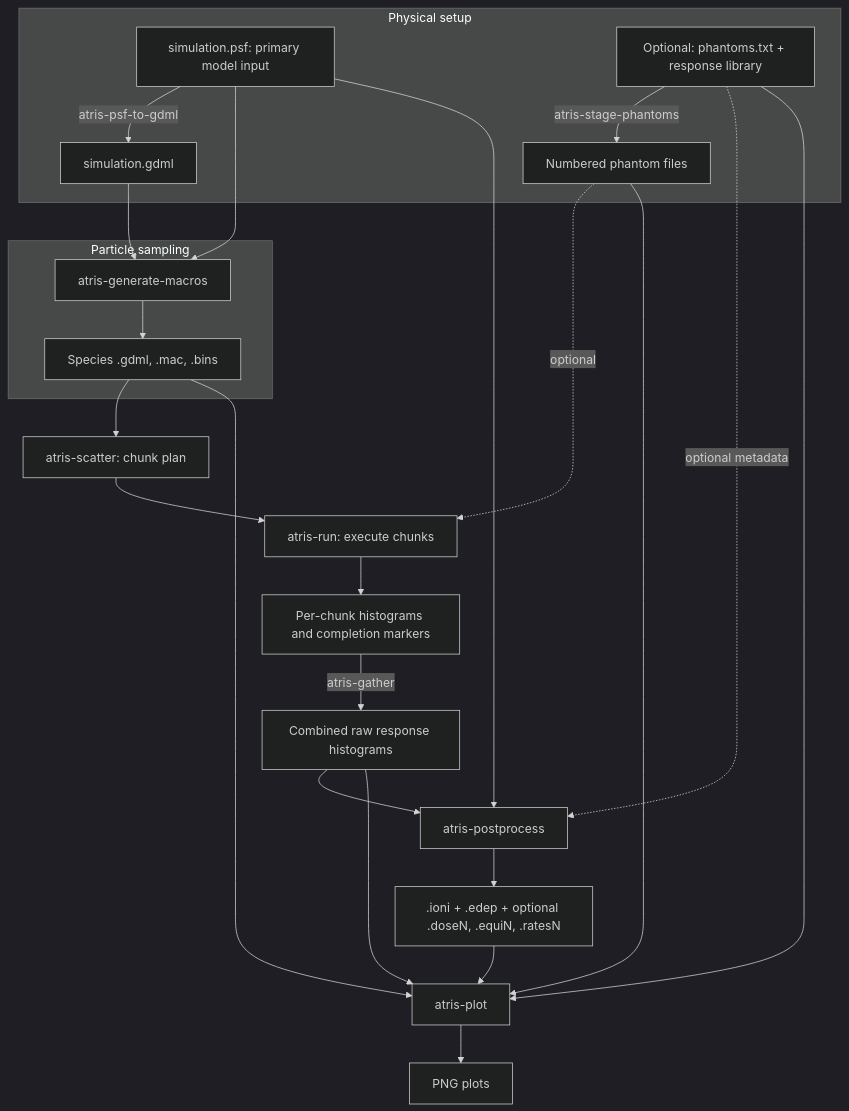
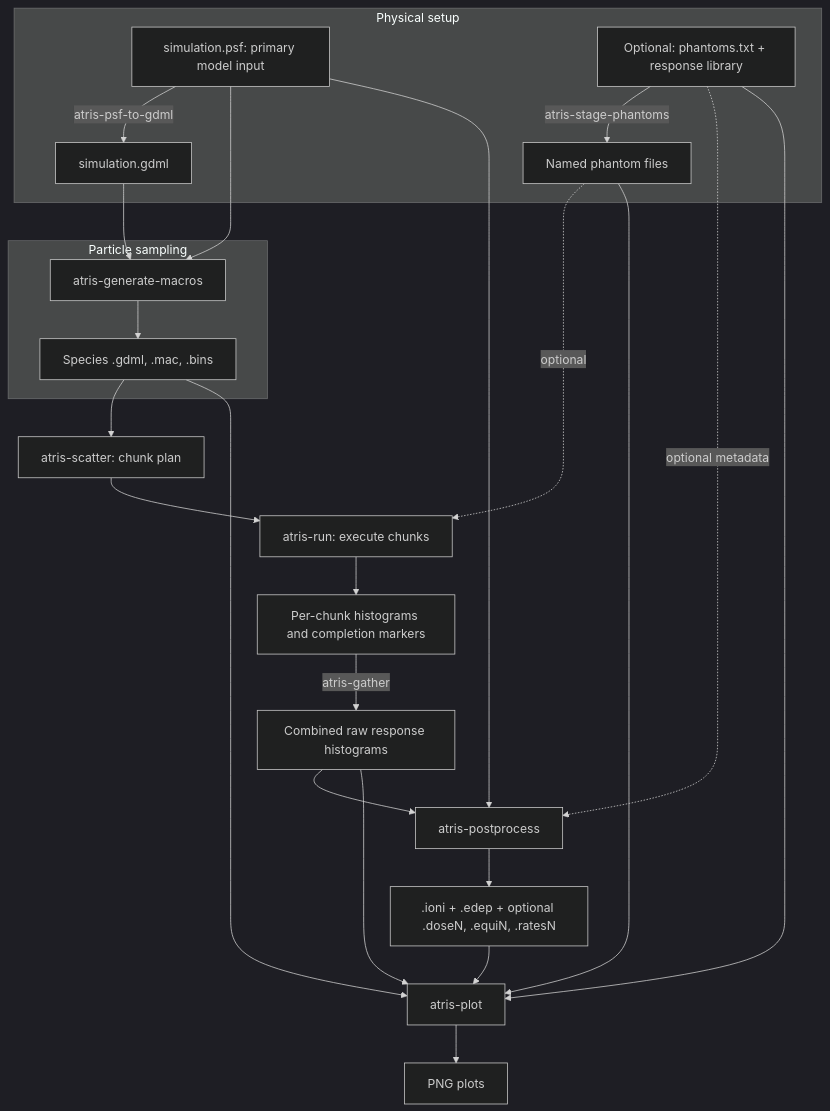
One commit to svaberg/atris changed the diagram in docs/tutorials/files-through-workflow.md. Above: the diagram before and after it, drawn with Mermaid (dark theme). The commit also changed other lines of this file and 16 other files, not shown here.

````diff
--- a/docs/tutorials/files-through-workflow.md
+++ b/docs/tutorials/files-through-workflow.md
@@ -26,28 +26,28 @@
 ```mermaid
 flowchart TD
     subgraph Physical["Physical setup"]
         B["simulation.psf: primary model input"]
         B -->|atris-psf-to-gdml| C["simulation.gdml"]
-        F["Optional: phantoms.txt + response library"] -->|atris-stage-phantoms| G["Numbered phantom files"]
+        F["Optional: phantoms.txt + response library"] -->|atris-stage-phantoms| G["Named phantom files"]
     end
     subgraph Sampling["Particle sampling"]
         D["atris-generate-macros"] --> E["Species .gdml, .mac, .bins"]
     end
     B --> D
     C --> D
     E --> S["atris-scatter: chunk plan"]
     S --> H["atris-run: execute chunks"]
     G -. optional .-> H
     H --> Q["Per-chunk histograms and completion markers"]
     Q -->|atris-gather| I["Combined raw response histograms"]
     I --> J["atris-postprocess"]
     B --> J
     F -. optional metadata .-> J
     J --> K[".ioni + .edep + optional .doseN, .equiN, .ratesN"]
     K --> L["atris-plot"]
     I --> L
     E --> L
     G --> L
     F --> L
     L --> M["PNG plots"]
 ```
````
